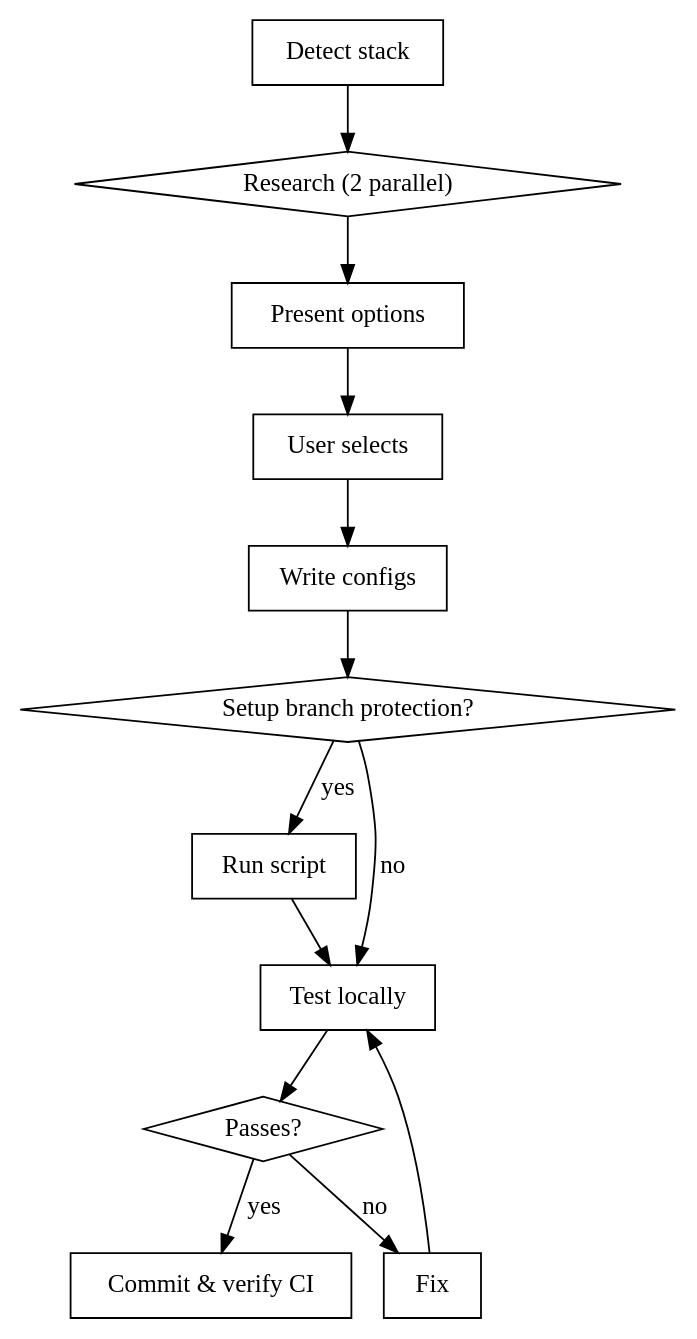
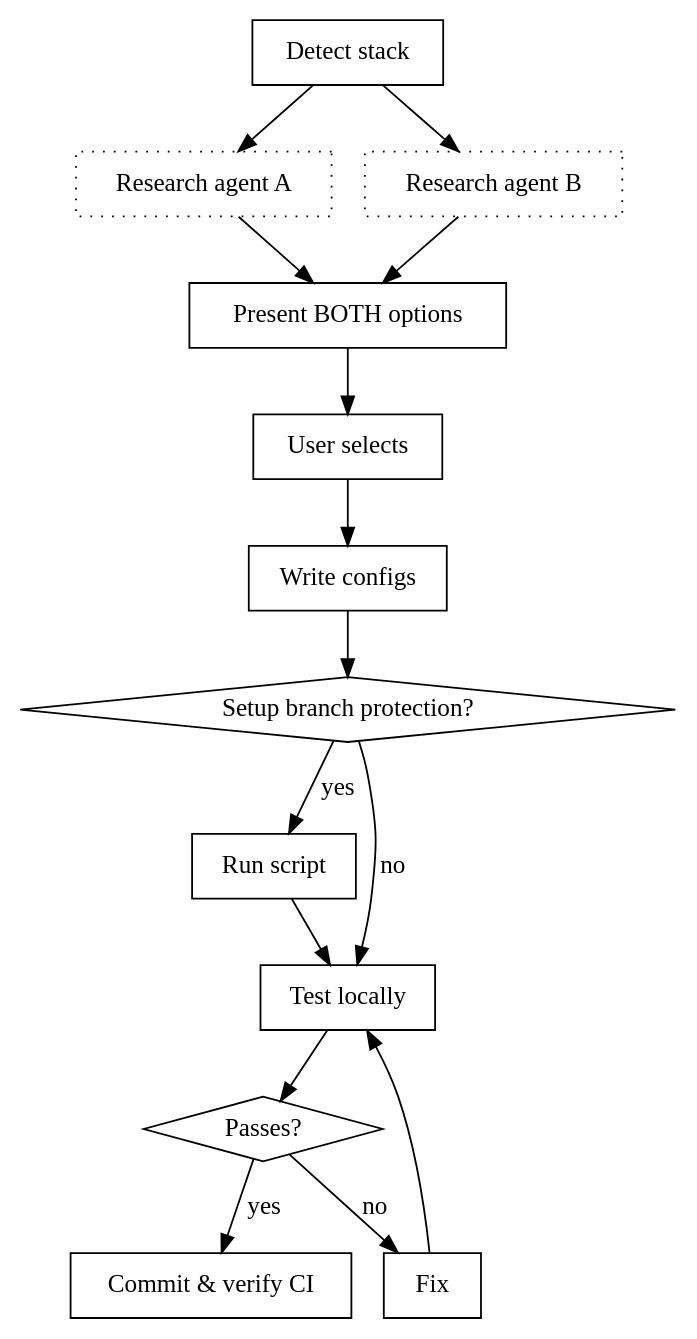
One commit to baleen37/dotfiles changed the diagram in users/shared/.config/claude/skills/setup-precommit-and-ci/SKILL.md. Above: the diagram before and after it, drawn with Graphviz. The commit also changed other lines of this file and 2 other files, not shown here.

````diff
--- a/users/shared/.config/claude/skills/setup-precommit-and-ci/SKILL.md
+++ b/users/shared/.config/claude/skills/setup-precommit-and-ci/SKILL.md
@@ -19,28 +19,31 @@
 ```dot
 digraph precommit_setup {
     "Detect stack" [shape=box];
-    "Research (2 parallel)" [shape=diamond];
-    "Present options" [shape=box];
+    "Research agent A" [shape=box, style=dotted];
+    "Research agent B" [shape=box, style=dotted];
+    "Present BOTH options" [shape=box];
     "User selects" [shape=box];
     "Write configs" [shape=box];
     "Setup branch protection?" [shape=diamond];
     "Run script" [shape=box];
     "Test locally" [shape=box];
     "Passes?" [shape=diamond];
     "Fix" [shape=box];
     "Commit & verify CI" [shape=box];
 
-    "Detect stack" -> "Research (2 parallel)";
-    "Research (2 parallel)" -> "Present options";
-    "Present options" -> "User selects";
+    "Detect stack" -> "Research agent A";
+    "Detect stack" -> "Research agent B";
+    "Research agent A" -> "Present BOTH options";
+    "Research agent B" -> "Present BOTH options";
+    "Present BOTH options" -> "User selects";
     "User selects" -> "Write configs";
     "Write configs" -> "Setup branch protection?";
     "Setup branch protection?" -> "Run script" [label="yes"];
     "Setup branch protection?" -> "Test locally" [label="no"];
     "Run script" -> "Test locally";
     "Test locally" -> "Passes?";
     "Passes?" -> "Commit & verify CI" [label="yes"];
     "Passes?" -> "Fix" [label="no"];
     "Fix" -> "Test locally";
 }
 ```
````
